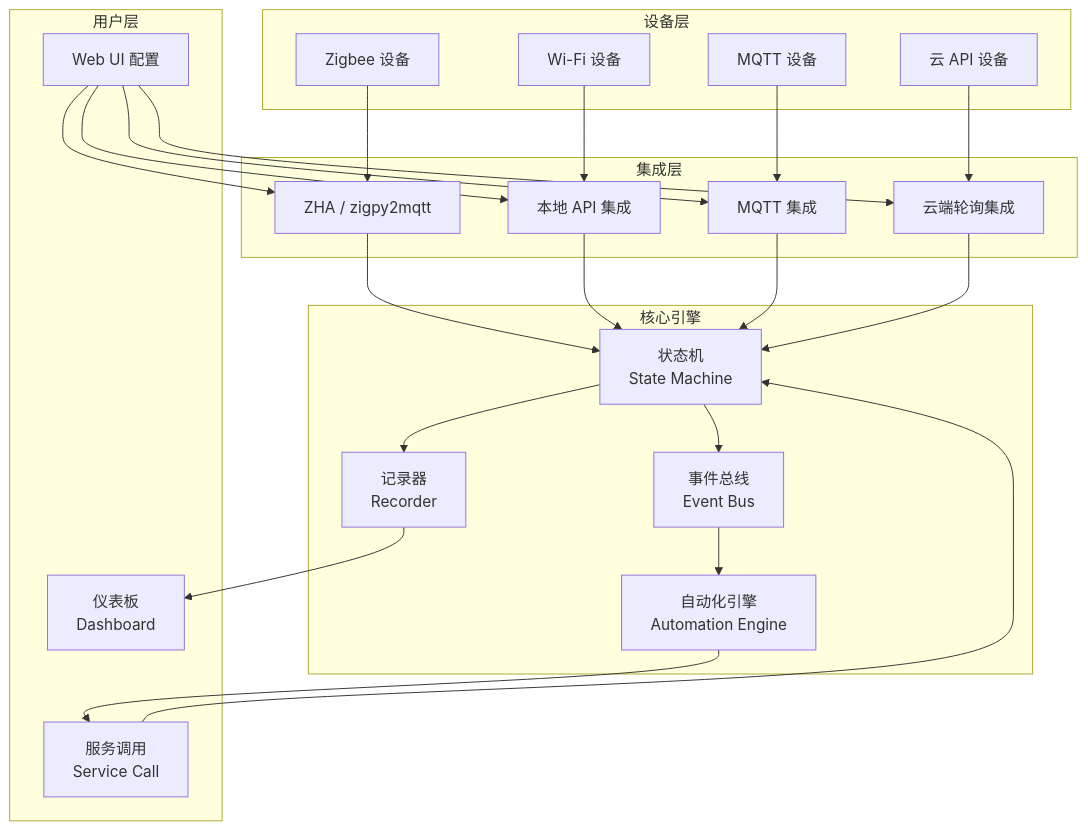
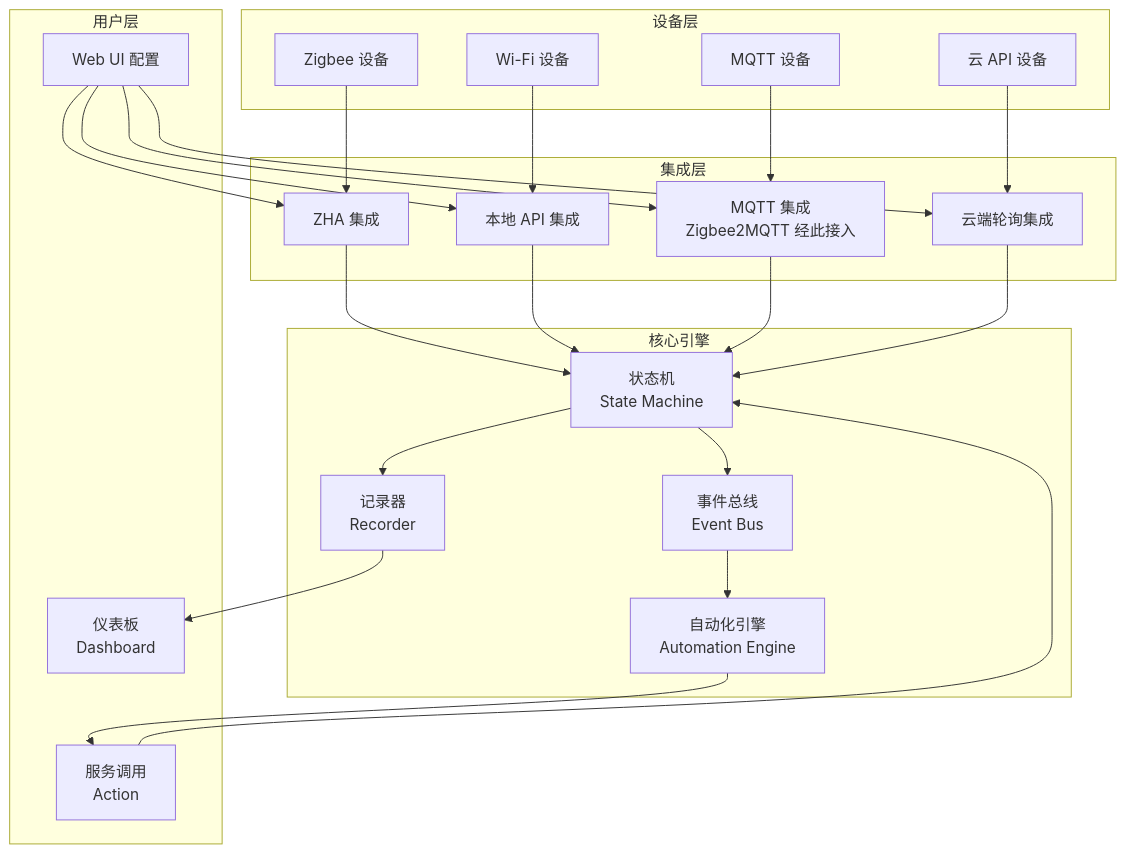
One commit to A1pha3/text-matrix changed the diagram in content/posts/tech/home-assistant-core-open-source-home-automation.md. Above: the diagram before and after it, drawn with Mermaid. The commit also changed other lines of this file and 11 other files, not shown here.

````diff
--- a/content/posts/tech/home-assistant-core-open-source-home-automation.md
+++ b/content/posts/tech/home-assistant-core-open-source-home-automation.md
@@ -38,40 +39,40 @@
 ```mermaid
 flowchart TB
     subgraph 设备层
         D1[Zigbee 设备]
         D2[Wi-Fi 设备]
         D3[MQTT 设备]
         D4[云 API 设备]
     end
 
     subgraph 集成层
-        I1[ZHA / zigpy2mqtt]
+        I1[ZHA 集成]
         I2[本地 API 集成]
-        I3[MQTT 集成]
+        I3[MQTT 集成<br/>Zigbee2MQTT 经此接入]
         I4[云端轮询集成]
     end
 
     subgraph 核心引擎
         SM[状态机<br/>State Machine]
         EB[事件总线<br/>Event Bus]
         AE[自动化引擎<br/>Automation Engine]
         RC[记录器<br/>Recorder]
     end
 
     subgraph 用户层
-        SVC[服务调用<br/>Service Call]
+        SVC[服务调用<br/>Action]
         DB[仪表板<br/>Dashboard]
         UI[Web UI 配置]
     end
 
     D1 --> I1 --> SM
     D2 --> I2 --> SM
     D3 --> I3 --> SM
     D4 --> I4 --> SM
     SM --> EB
     EB --> AE
     AE --> SVC
     SVC --> SM
     SM --> RC --> DB
     UI --> I1 & I2 & I3 & I4
 ```
````
